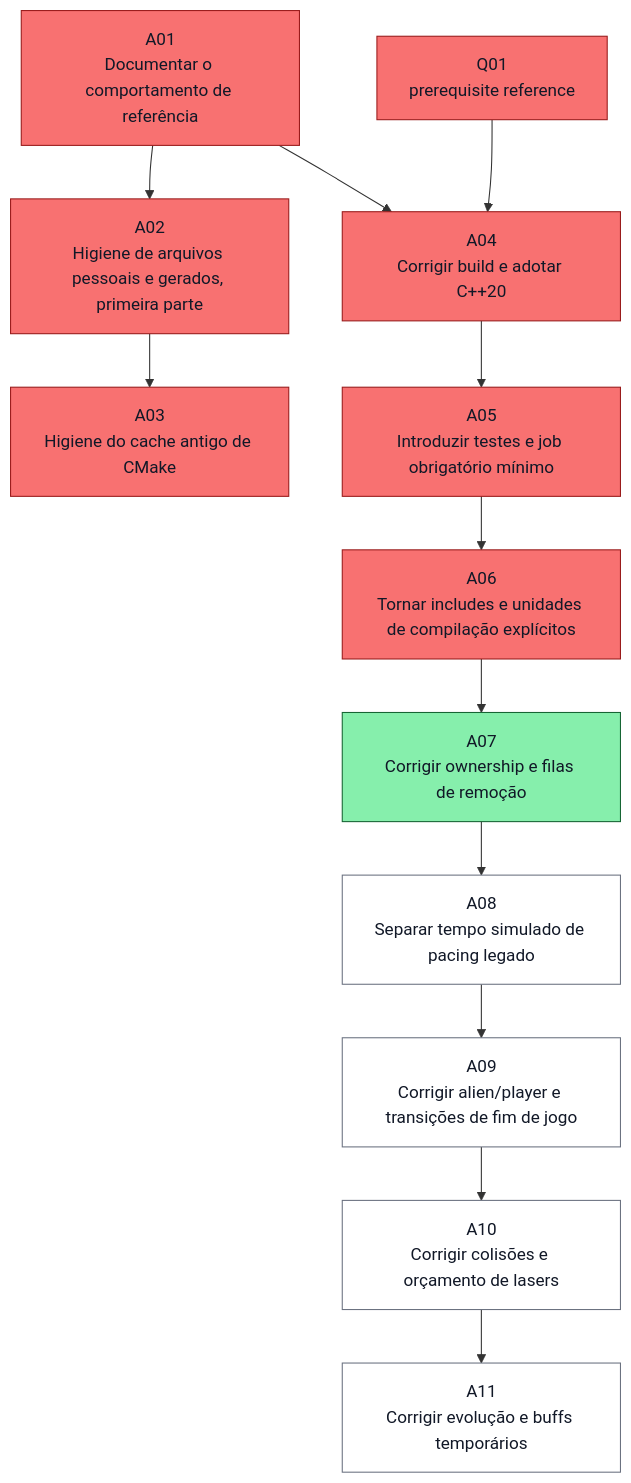
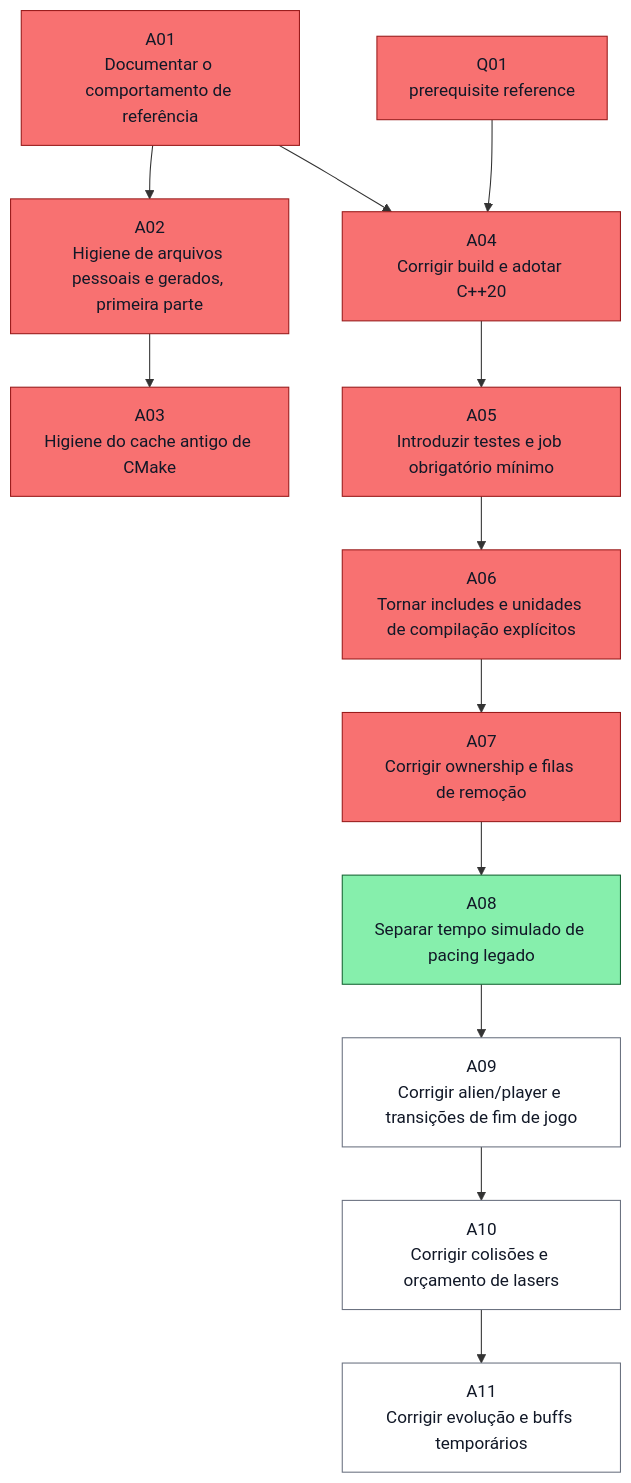
One commit to ocarizr/spaceraiders changed the second of 27 diagrams in docs/task-dependencies.md. Above: the diagram before and after it, drawn with Mermaid. The commit also changed other lines of this file and 9 other files, not shown here.

````diff
--- a/docs/task-dependencies.md
+++ b/docs/task-dependencies.md
@@ -116,29 +117,29 @@
 ```mermaid
 flowchart TD
     ref_A_Q01["Q01<br/>prerequisite reference"]:::done
     A01["A01<br/>Documentar o comportamento de referência"]:::done
     A02["A02<br/>Higiene de arquivos pessoais e gerados, primeira parte"]:::done
     A03["A03<br/>Higiene do cache antigo de CMake"]:::done
     A04["A04<br/>Corrigir build e adotar C++20"]:::done
     A05["A05<br/>Introduzir testes e job obrigatório mínimo"]:::done
     A06["A06<br/>Tornar includes e unidades de compilação explícitos"]:::done
-    A07["A07<br/>Corrigir ownership e filas de remoção"]:::ready
-    A08["A08<br/>Separar tempo simulado de pacing legado"]:::pending
+    A07["A07<br/>Corrigir ownership e filas de remoção"]:::done
+    A08["A08<br/>Separar tempo simulado de pacing legado"]:::ready
     A09["A09<br/>Corrigir alien/player e transições de fim de jogo"]:::pending
     A10["A10<br/>Corrigir colisões e orçamento de lasers"]:::pending
     A11["A11<br/>Corrigir evolução e buffs temporários"]:::pending
     A01 --> A02
     A02 --> A03
     A01 --> A04
     ref_A_Q01 --> A04
     A04 --> A05
     A05 --> A06
     A06 --> A07
     A07 --> A08
     A08 --> A09
     A09 --> A10
     A10 --> A11
     classDef pending fill:#ffffff,stroke:#6b7280,color:#111827
     classDef ready fill:#86efac,stroke:#166534,color:#111827
     classDef done fill:#f87171,stroke:#991b1b,color:#111827
 ```
````
